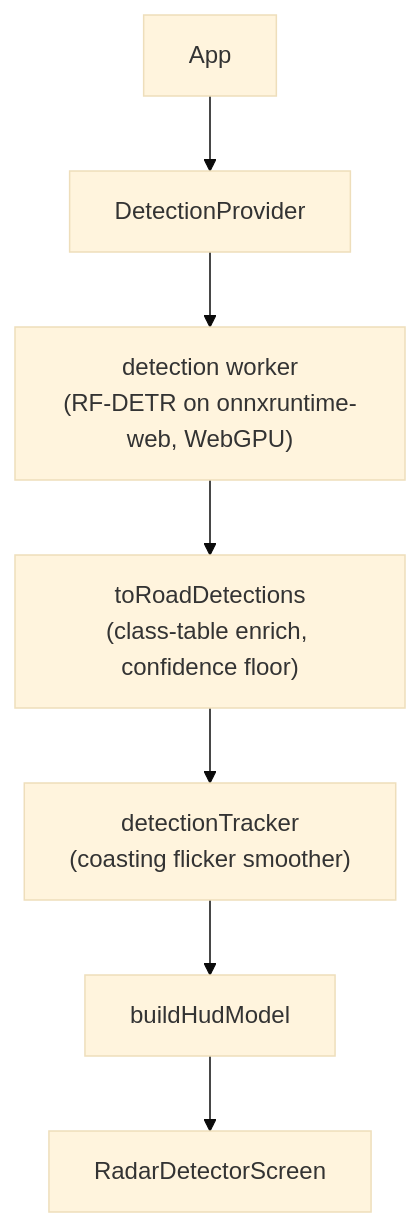
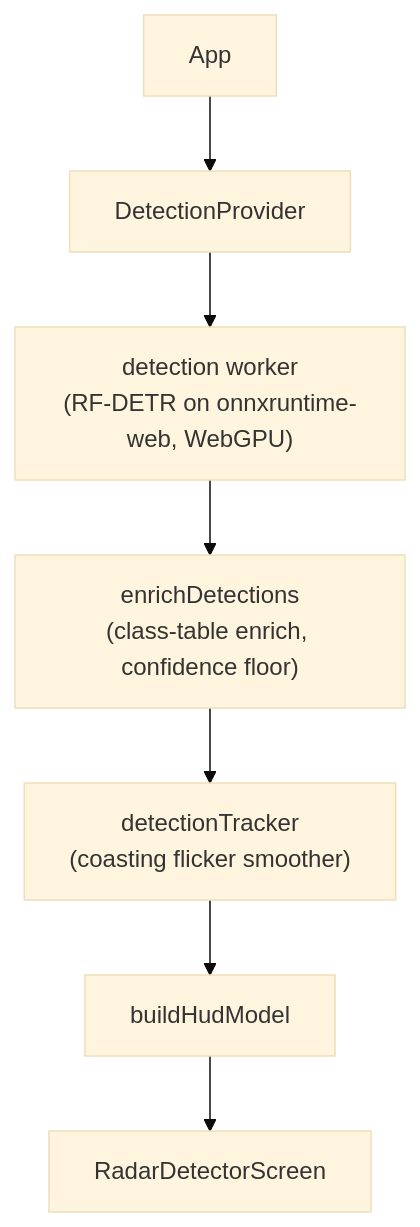
The diagram in docs/TRD.md (tuxracer/dashradar-app), drawn with Mermaid (base theme) before and after one commit. The commit also changed other lines of this file and 11 other files, not shown here.

````diff
--- a/docs/TRD.md
+++ b/docs/TRD.md
@@ -35,9 +35,9 @@
 ```mermaid
 flowchart TB
     App --> DP[DetectionProvider]
     DP --> W["detection worker<br>(RF-DETR on onnxruntime-web, WebGPU)"]
-    W --> F["toRoadDetections<br>(class-table enrich, confidence floor)"]
+    W --> F["enrichDetections<br>(class-table enrich, confidence floor)"]
     F --> T["detectionTracker<br>(coasting flicker smoother)"]
     T --> H[buildHudModel]
     H --> R[RadarDetectorScreen]
 ```
````
